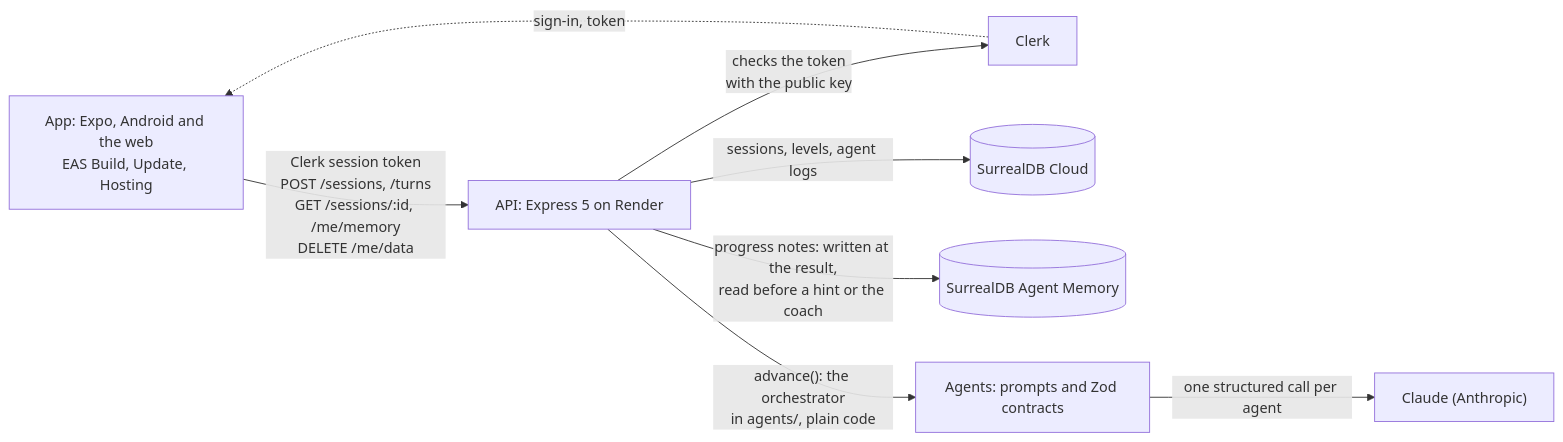
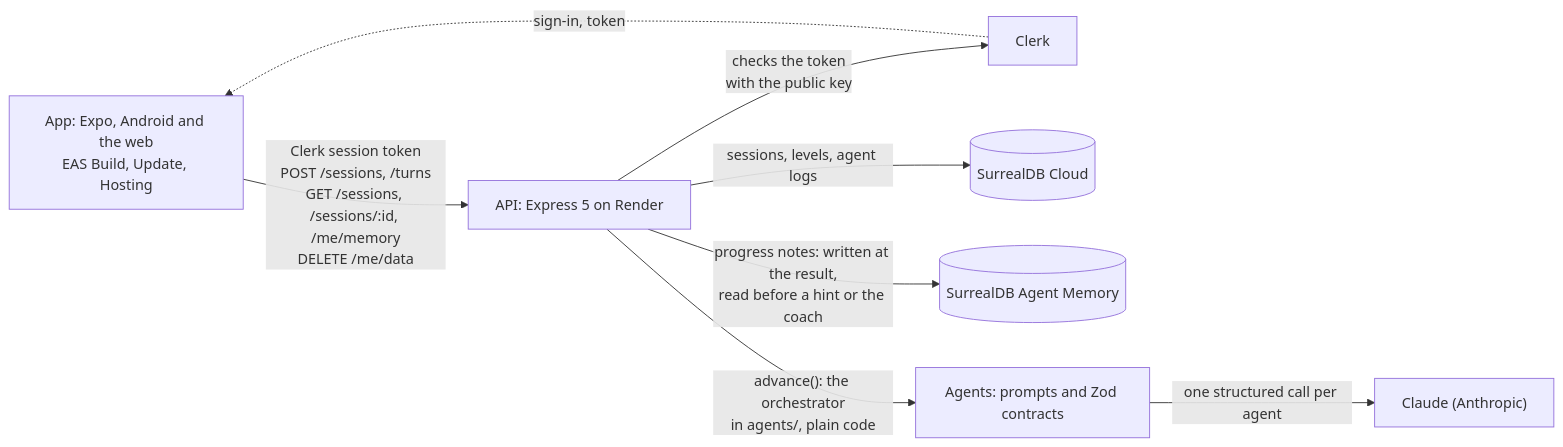
One commit to CynthiaSalazarB/build-north changed the diagram in README.md. Above: the diagram before and after it, drawn with Mermaid. The commit also changed 21 other files, not shown here.

First line of the commit message:
Sign-up stays on the site, GET /sessions, and Start lists every session: the unfinished ones to resume, the finished ones under Your maps

````diff
--- a/README.md
+++ b/README.md
@@ -159,10 +159,10 @@
 ```mermaid
 flowchart LR
-  App["App: Expo, Android and the web<br/>EAS Build, Update, Hosting"] -->|"Clerk session token<br/>POST /sessions, /turns<br/>GET /sessions/:id, /me/memory<br/>DELETE /me/data"| API["API: Express 5 on Render"]
+  App["App: Expo, Android and the web<br/>EAS Build, Update, Hosting"] -->|"Clerk session token<br/>POST /sessions, /turns<br/>GET /sessions, /sessions/:id, /me/memory<br/>DELETE /me/data"| API["API: Express 5 on Render"]
   Clerk["Clerk"] -. "sign-in, token" .-> App
   API -->|"checks the token<br/>with the public key"| Clerk
   API -->|"sessions, levels, agent logs"| DB[("SurrealDB Cloud")]
   API -->|"progress notes: written at the result,<br/>read before a hint or the coach"| Memory[("SurrealDB Agent Memory")]
   API -->|"advance(): the orchestrator<br/>in agents/, plain code"| Agents["Agents: prompts and Zod contracts"]
   Agents -->|"one structured call per agent"| Claude["Claude (Anthropic)"]
 ```
````
